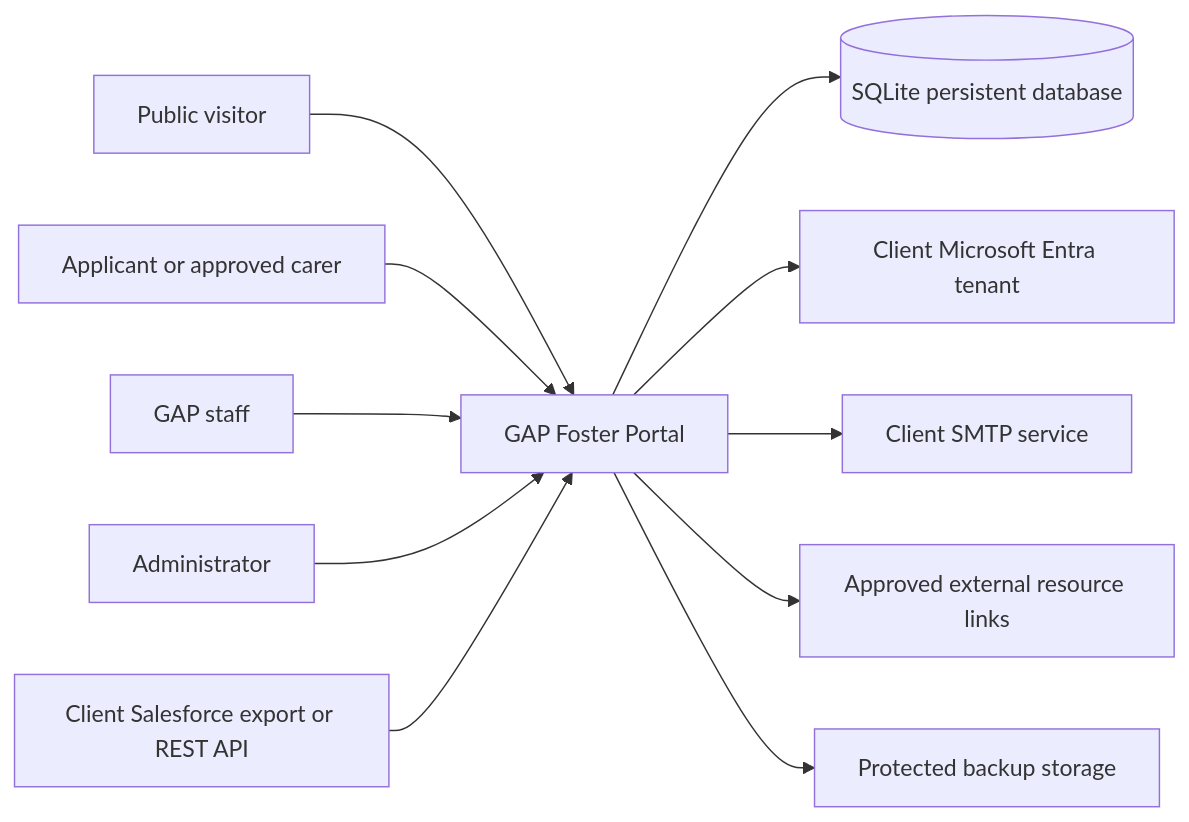
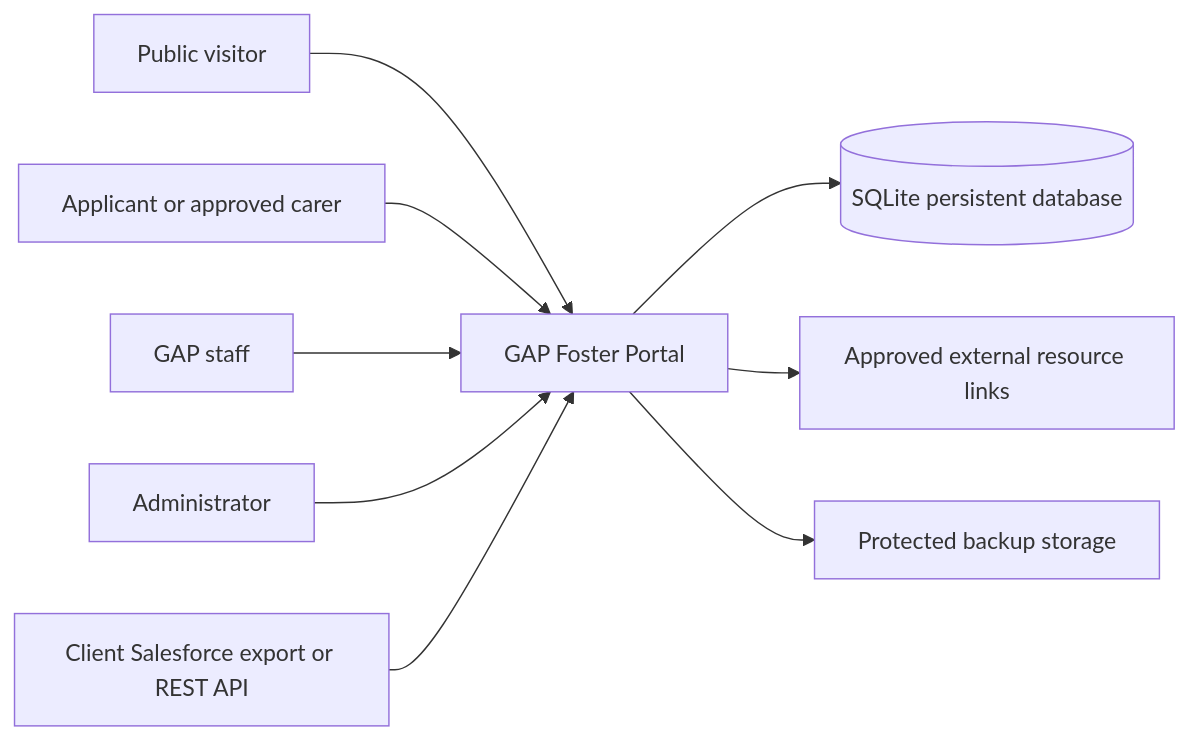
The first of 3 diagrams in docs/capstone-design.md (ltu-22530394/CSE3CAP---DeltaForce), drawn with Mermaid before and after one commit. The commit also changed other lines of this file and 48 other files, not shown here.

```diff
--- a/docs/capstone-design.md
+++ b/docs/capstone-design.md
@@ -13,13 +13,11 @@
 ~~~mermaid
 flowchart LR
   Visitor[Public visitor] --> Portal[GAP Foster Portal]
   Applicant[Applicant or approved carer] --> Portal
   Staff[GAP staff] --> Portal
   Admin[Administrator] --> Portal
   Portal --> DB[(SQLite persistent database)]
-  Portal --> Microsoft[Client Microsoft Entra tenant]
   Salesforce[Client Salesforce export or REST API] --> Portal
-  Portal --> Mail[Client SMTP service]
   Portal --> Resources[Approved external resource links]
   Portal --> Backup[Protected backup storage]
 ~~~
```
